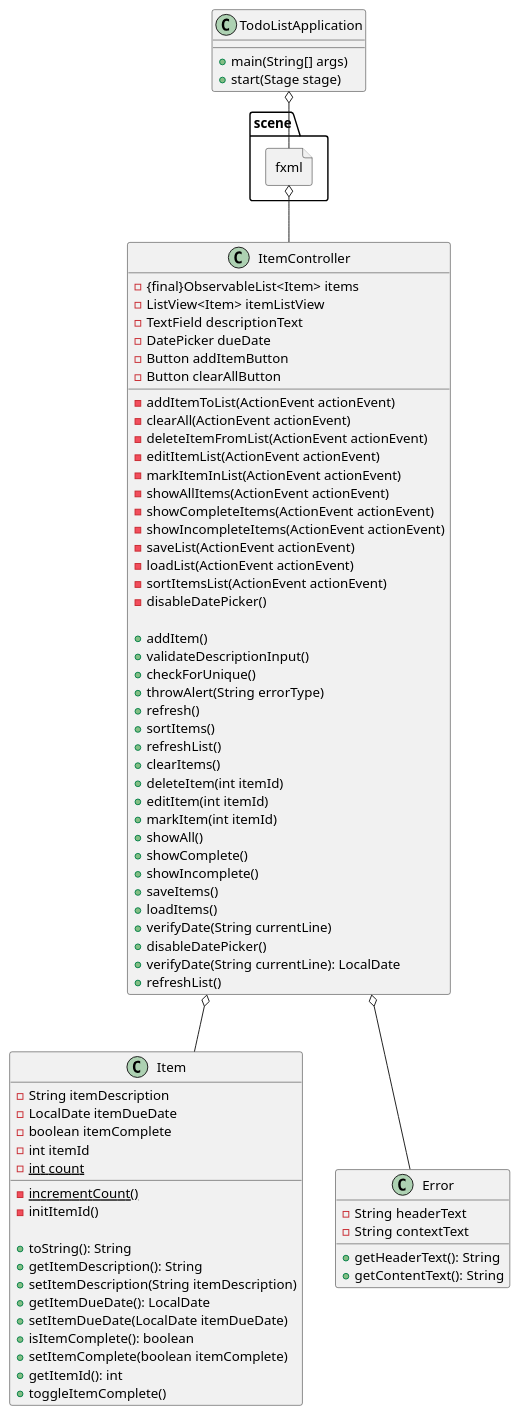
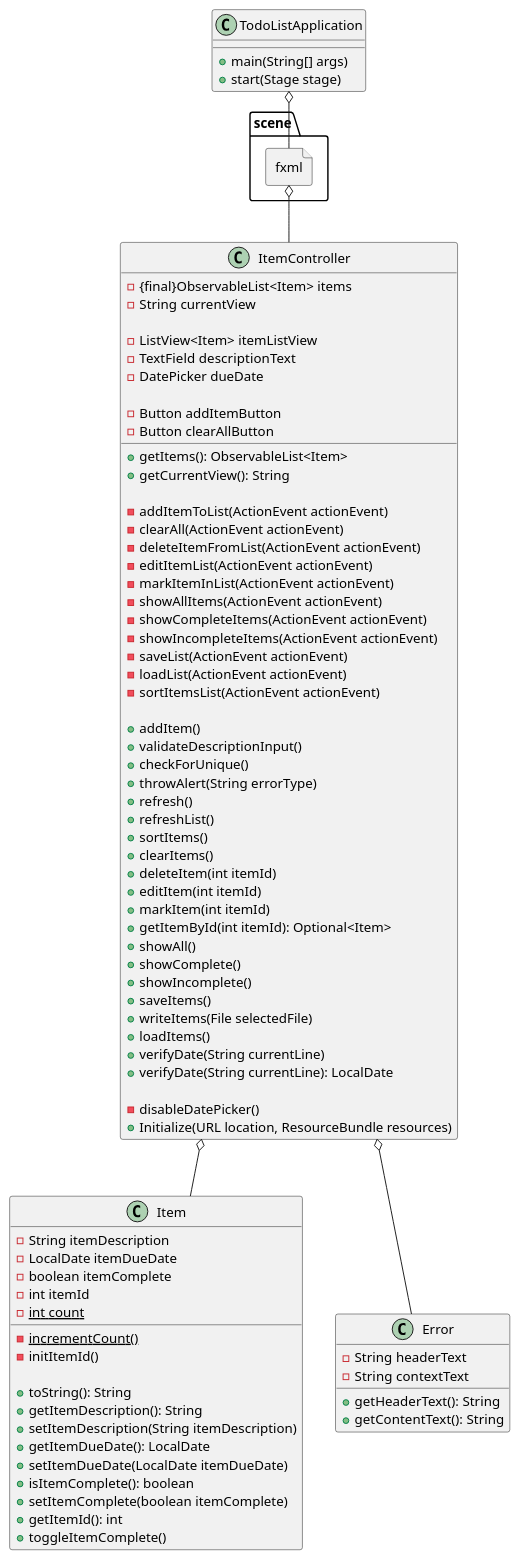
One commit to nader-fares/fares-app1-impl changed the diagram in javafxApp/docs/main.puml. Above: the diagram before and after it, drawn with PlantUML. The commit also changed 3 other files, not shown here.

Commit message:
add method parameters, update uml

```diff
--- a/javafxApp/docs/main.puml
+++ b/javafxApp/docs/main.puml
@@ -1,86 +1,95 @@
 @startuml
 'https://plantuml.com/sequence-diagram
 
 class TodoListApplication {
 +main(String[] args)
 +start(Stage stage)
 }
 
 class Item {
 -String itemDescription
 -LocalDate itemDueDate
 -boolean itemComplete
 -int itemId
 -{static}int count
 -{static}incrementCount()
 -initItemId()
 
 +toString(): String
 +getItemDescription(): String
 +setItemDescription(String itemDescription)
 +getItemDueDate(): LocalDate
 +setItemDueDate(LocalDate itemDueDate)
 +isItemComplete(): boolean
 +setItemComplete(boolean itemComplete)
 +getItemId(): int
 +toggleItemComplete()
 }
 
 class ItemController {
 -{final}ObservableList<Item> items
+-String currentView
+
 -ListView<Item> itemListView
 -TextField descriptionText
 -DatePicker dueDate
+
 -Button addItemButton
 -Button clearAllButton
+
++getItems(): ObservableList<Item>
++getCurrentView(): String
+
 -addItemToList(ActionEvent actionEvent)
 -clearAll(ActionEvent actionEvent)
 -deleteItemFromList(ActionEvent actionEvent)
 -editItemList(ActionEvent actionEvent)
 -markItemInList(ActionEvent actionEvent)
 -showAllItems(ActionEvent actionEvent)
 -showCompleteItems(ActionEvent actionEvent)
 -showIncompleteItems(ActionEvent actionEvent)
 -saveList(ActionEvent actionEvent)
 -loadList(ActionEvent actionEvent)
 -sortItemsList(ActionEvent actionEvent)
--disableDatePicker()
 
 +addItem()
 +validateDescriptionInput()
 +checkForUnique()
 +throwAlert(String errorType)
 +refresh()
++refreshList()
 +sortItems()
-+refreshList()
 +clearItems()
 +deleteItem(int itemId)
 +editItem(int itemId)
 +markItem(int itemId)
++getItemById(int itemId): Optional<Item>
 +showAll()
 +showComplete()
 +showIncomplete()
 +saveItems()
++writeItems(File selectedFile)
 +loadItems()
 +verifyDate(String currentLine)
-+disableDatePicker()
 +verifyDate(String currentLine): LocalDate
-+refreshList()
+
+-disableDatePicker()
++Initialize(URL location, ResourceBundle resources)
 }
 
 class Error {
 -String headerText
 -String contextText
 +getHeaderText(): String
 +getContentText(): String
 }
 
 file scene.fxml {
 }
 
 scene.fxml o-- ItemController
 TodoListApplication o-- scene.fxml
 ItemController o-- Item
 ItemController o-- Error
 
 @enduml
```
